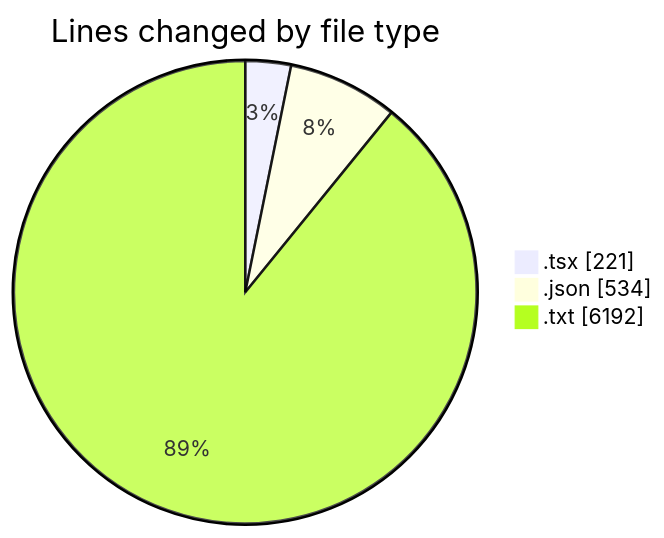
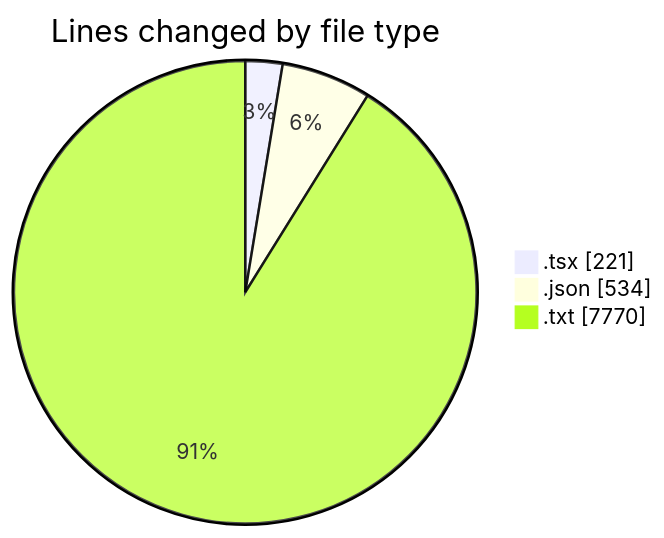
Before and after one commit to EIIisD/code-tracking: the first of 2 diagrams in 2025-08-01/tw-server/README.md, drawn with Mermaid. The commit also changed other lines of this file and 1 other file, not shown here.

````diff
--- a/2025-08-01/tw-server/README.md
+++ b/2025-08-01/tw-server/README.md
@@ -25,7 +26,7 @@
 ```mermaid
 pie showData
 title Lines changed by file type
 ".tsx" : 221
 ".json" : 534
-".txt" : 6192
+".txt" : 7770
 ```
````
